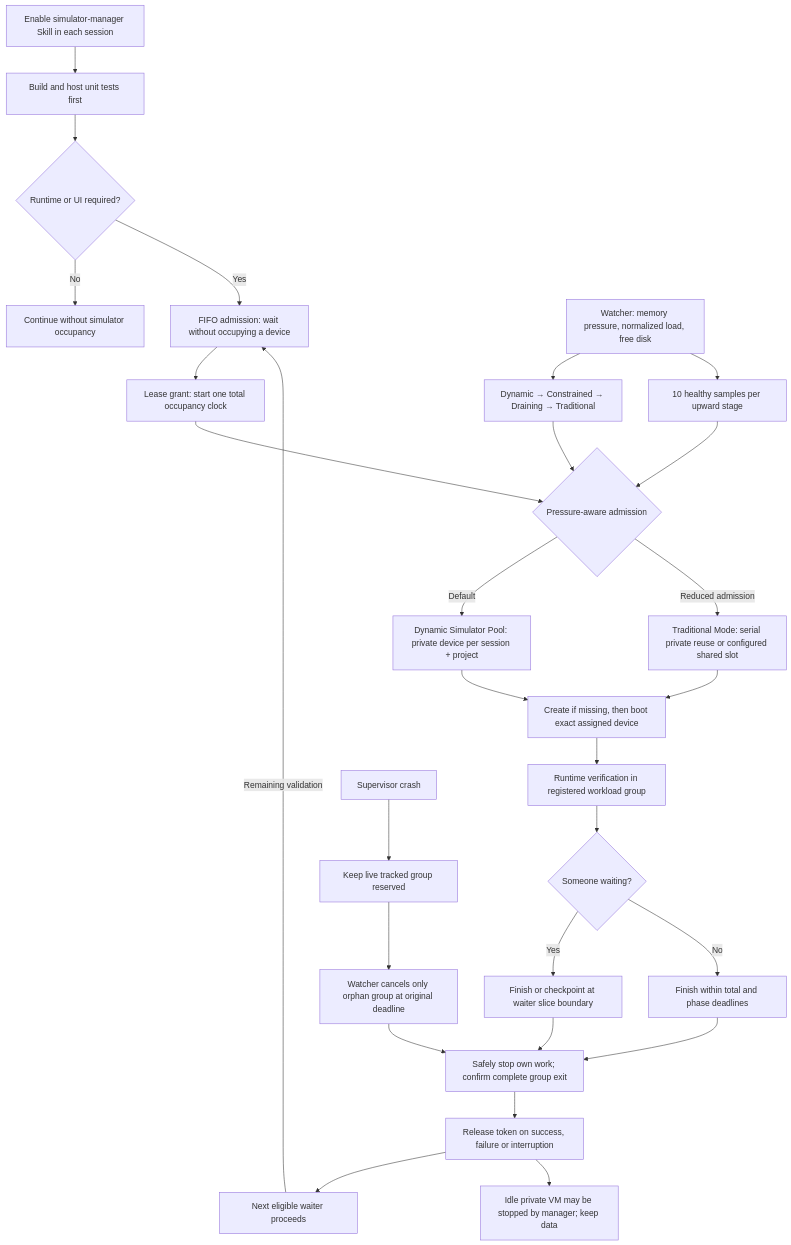
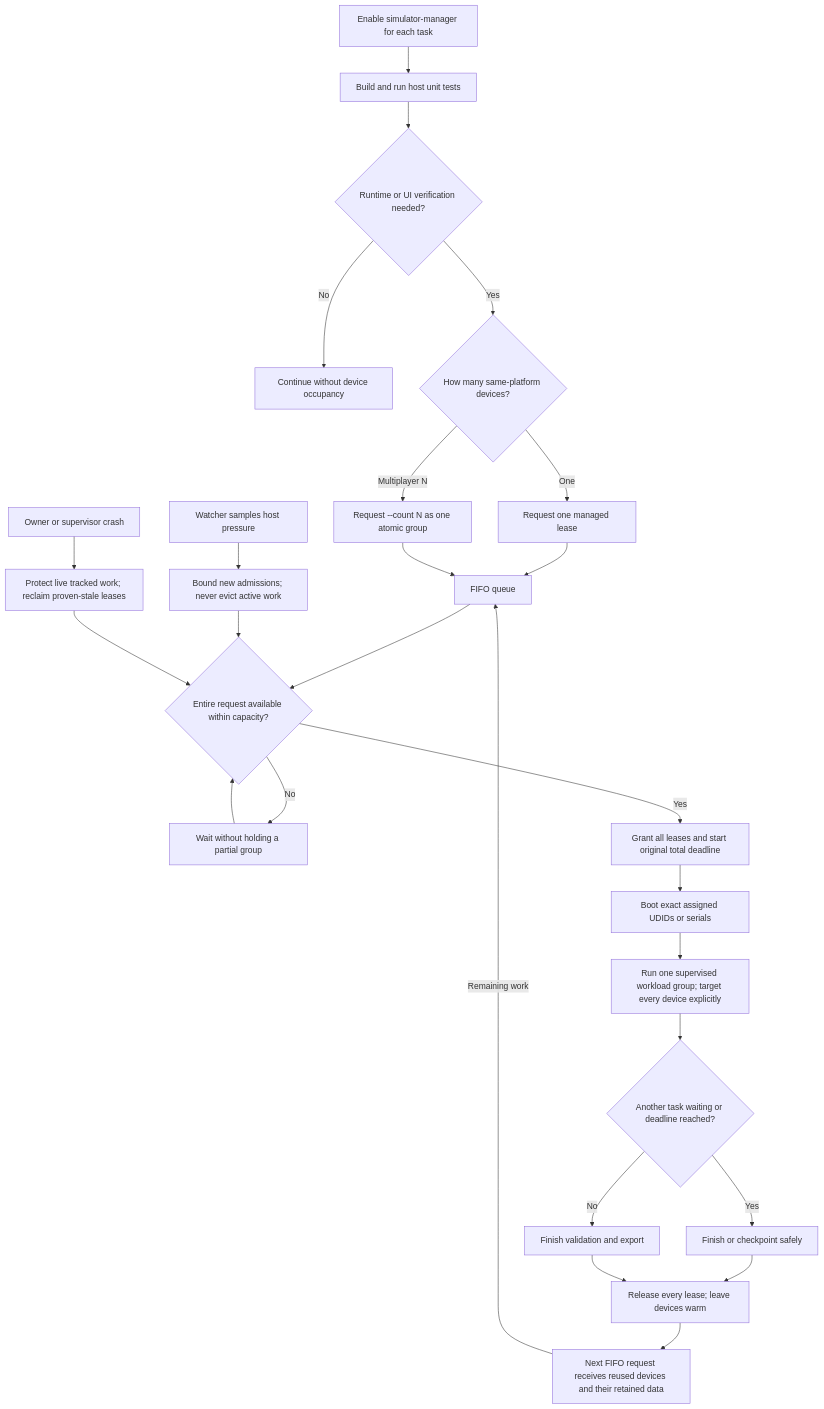
Before and after one commit to HankHuang0516/simulator-manager: the diagram in docs/FLOWCHART.md, drawn with Mermaid. The commit also changed other lines of this file and 27 other files, not shown here.

Commit message:
feat: default to warm shared pool with atomic multiplayer groups

````diff
--- a/docs/FLOWCHART.md
+++ b/docs/FLOWCHART.md
@@ -5,31 +3,29 @@
 ```mermaid
 flowchart TD
-    Enable[Enable simulator-manager Skill in each session] --> Build[Build and host unit tests first]
-    Build --> Need{Runtime or UI required?}
-    Need -- No --> Continue[Continue without simulator occupancy]
-    Need -- Yes --> Queue[FIFO admission: wait without occupying a device]
-    Queue --> Grant[Lease grant: start one total occupancy clock]
-    Grant --> Mode{Pressure-aware admission}
-    Mode -- Default --> Dynamic[Dynamic Simulator Pool: private device per session + project]
-    Mode -- Reduced admission --> Traditional[Traditional Mode: serial private reuse or configured shared slot]
-    Dynamic --> Create[Create if missing, then boot exact assigned device]
-    Traditional --> Create
-    Create --> Work[Runtime verification in registered workload group]
-    Work --> Waiting{Someone waiting?}
-    Waiting -- Yes --> Checkpoint[Finish or checkpoint at waiter slice boundary]
-    Waiting -- No --> Finish[Finish within total and phase deadlines]
-    Checkpoint --> Stop[Safely stop own work; confirm complete group exit]
-    Finish --> Stop
-    Stop --> Release[Release token on success, failure or interruption]
-    Release --> Next[Next eligible waiter proceeds]
-    Next -- Remaining validation --> Queue
-    Release --> Idle[Idle private VM may be stopped by manager; keep data]
+    Enable[Enable simulator-manager for each task] --> Build[Build and run host unit tests]
+    Build --> Need{Runtime or UI verification needed?}
+    Need -- No --> Host[Continue without device occupancy]
+    Need -- Yes --> Size{How many same-platform devices?}
+    Size -- One --> Request[Request one managed lease]
+    Size -- Multiplayer N --> Group[Request --count N as one atomic group]
+    Request --> FIFO[FIFO queue]
+    Group --> FIFO
+    FIFO --> Available{Entire request available within capacity?}
+    Available -- No --> Wait[Wait without holding a partial group]
+    Wait --> Available
+    Available -- Yes --> Grant[Grant all leases and start original total deadline]
+    Grant --> Boot[Boot exact assigned UDIDs or serials]
+    Boot --> Test[Run one supervised workload group; target every device explicitly]
+    Test --> Yield{Another task waiting or deadline reached?}
+    Yield -- Yes --> Checkpoint[Finish or checkpoint safely]
+    Yield -- No --> Finish[Finish validation and export]
+    Checkpoint --> Release[Release every lease; leave devices warm]
+    Finish --> Release
+    Release --> Next[Next FIFO request receives reused devices and their retained data]
+    Next -- Remaining work --> FIFO
 
-    Watch[Watcher: memory pressure, normalized load, free disk] --> Stage[Dynamic → Constrained → Draining → Traditional]
-    Stage --> Mode
-    Watch --> Recover[10 healthy samples per upward stage]
-    Recover --> Mode
-    Crash[Supervisor crash] --> Protect[Keep live tracked group reserved]
-    Protect --> Deadline[Watcher cancels only orphan group at original deadline]
-    Deadline --> Stop
+    Pressure[Watcher samples host pressure] --> Limits[Bound new admissions; never evict active work]
+    Limits --> Available
+    Crash[Owner or supervisor crash] --> Recovery[Protect live tracked work; reclaim proven-stale leases]
+    Recovery --> Available
 ```
````
